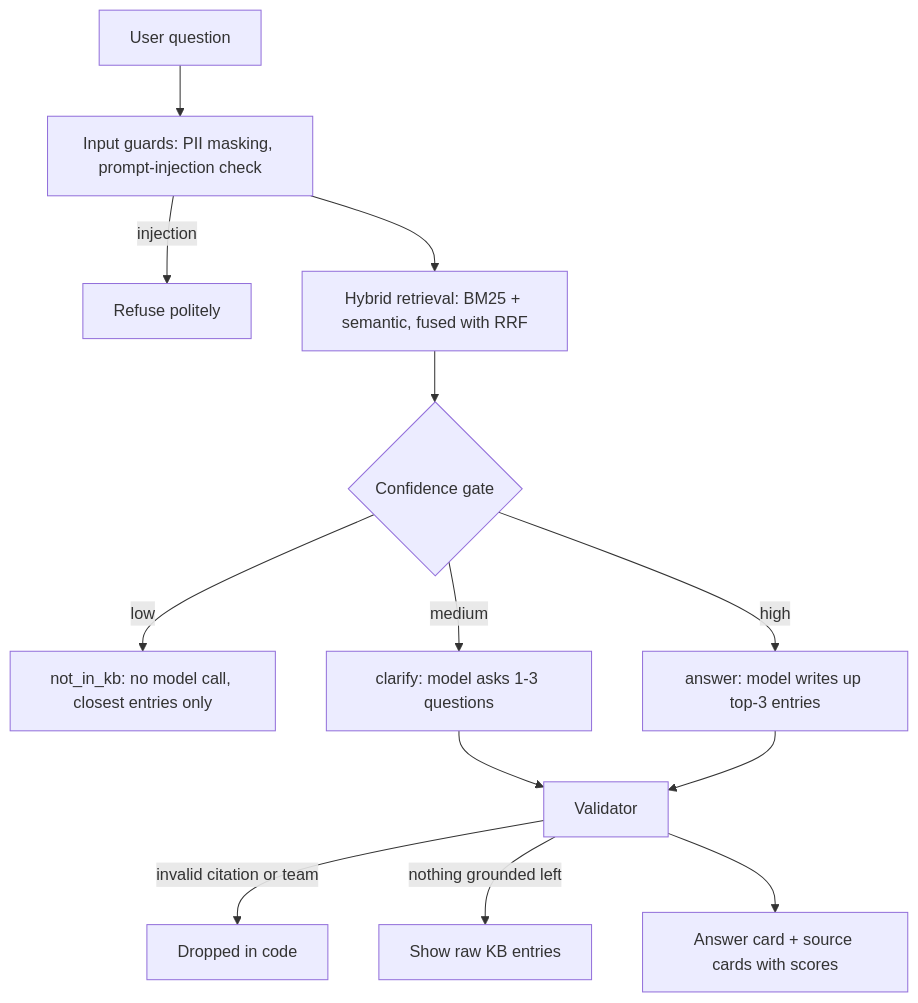
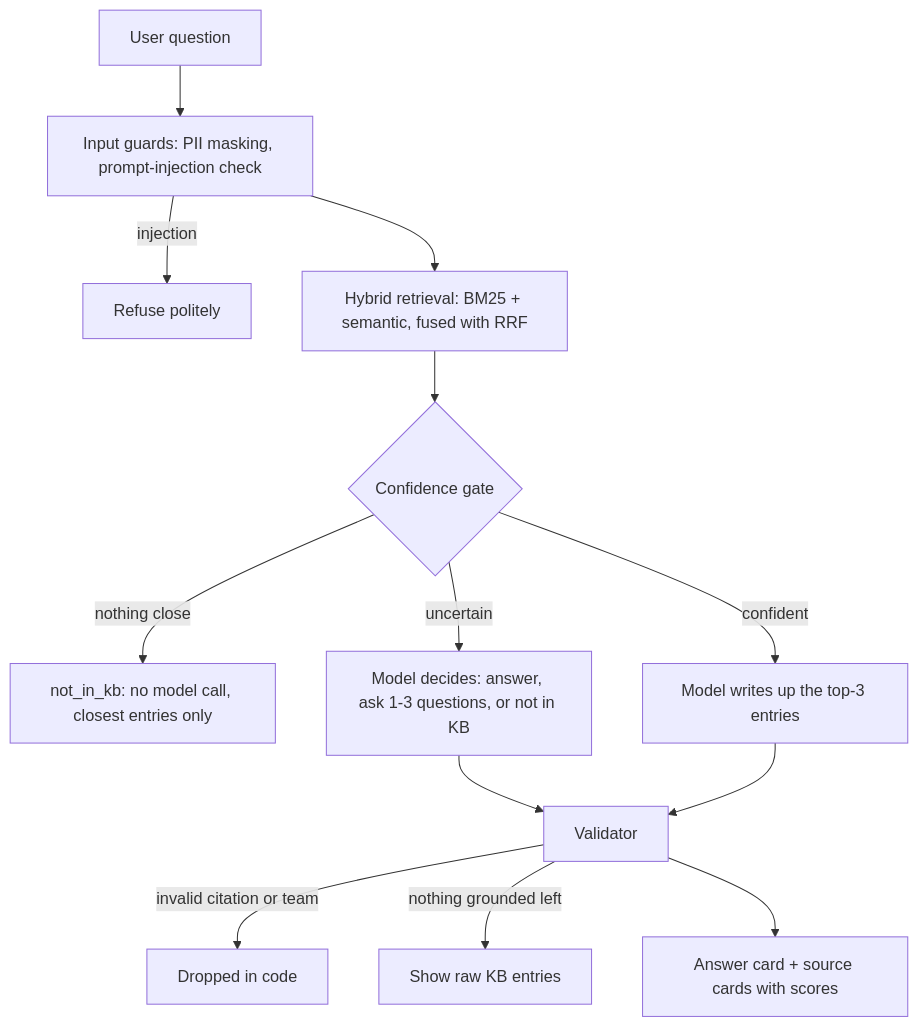
The diagram in README.md (ParthBiyani/AI-Troubleshooting-Assistant), drawn with Mermaid before and after one commit. The commit also changed other lines of this file and 4 other files, not shown here.

````diff
--- a/README.md
+++ b/README.md
@@ -16,15 +16,15 @@
 ```mermaid
 flowchart TD
     Q[User question] --> G1[Input guards: PII masking, prompt-injection check]
     G1 -->|injection| B[Refuse politely]
     G1 --> R[Hybrid retrieval: BM25 + semantic, fused with RRF]
     R --> GATE{Confidence gate}
-    GATE -->|low| N[not_in_kb: no model call, closest entries only]
-    GATE -->|medium| C[clarify: model asks 1-3 questions]
-    GATE -->|high| A[answer: model writes up top-3 entries]
+    GATE -->|nothing close| N[not_in_kb: no model call, closest entries only]
+    GATE -->|confident| A[Model writes up the top-3 entries]
+    GATE -->|uncertain| C[Model decides: answer, ask 1-3 questions, or not in KB]
     C --> V[Validator]
     A --> V
     V -->|invalid citation or team| D[Dropped in code]
     V -->|nothing grounded left| F[Show raw KB entries]
     V --> OUT[Answer card + source cards with scores]
 ```
````
